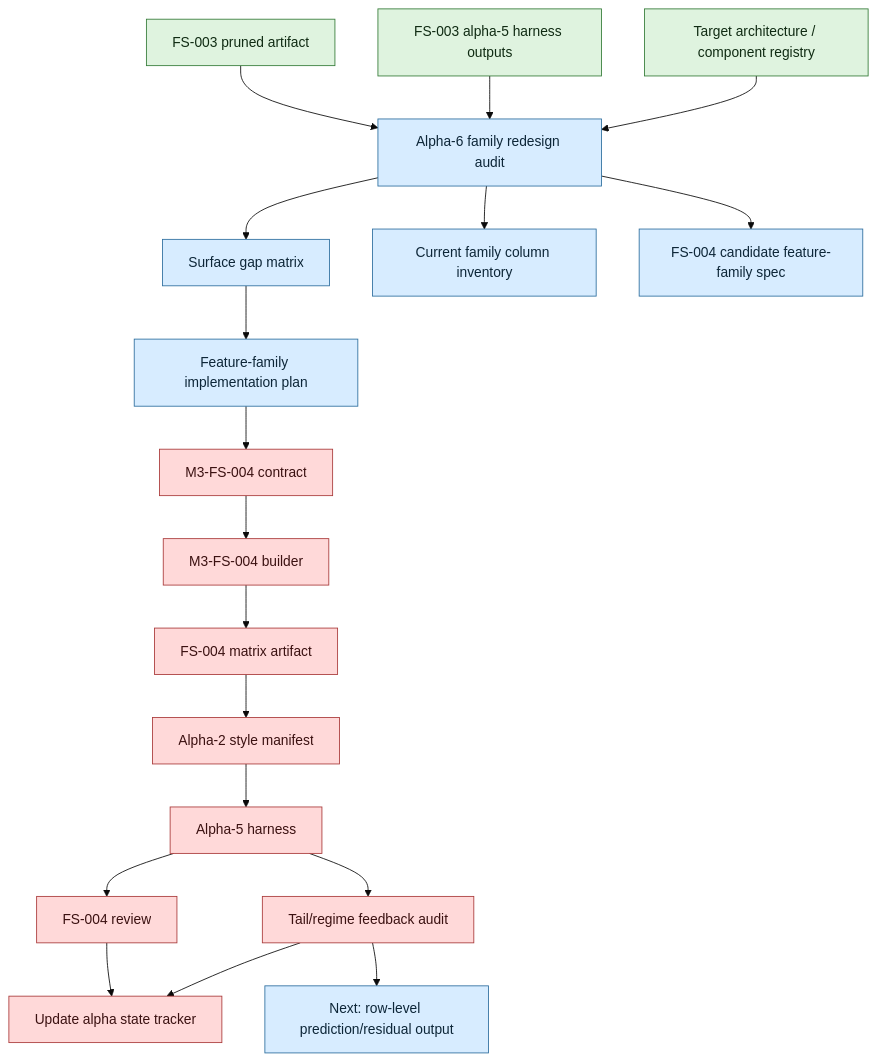
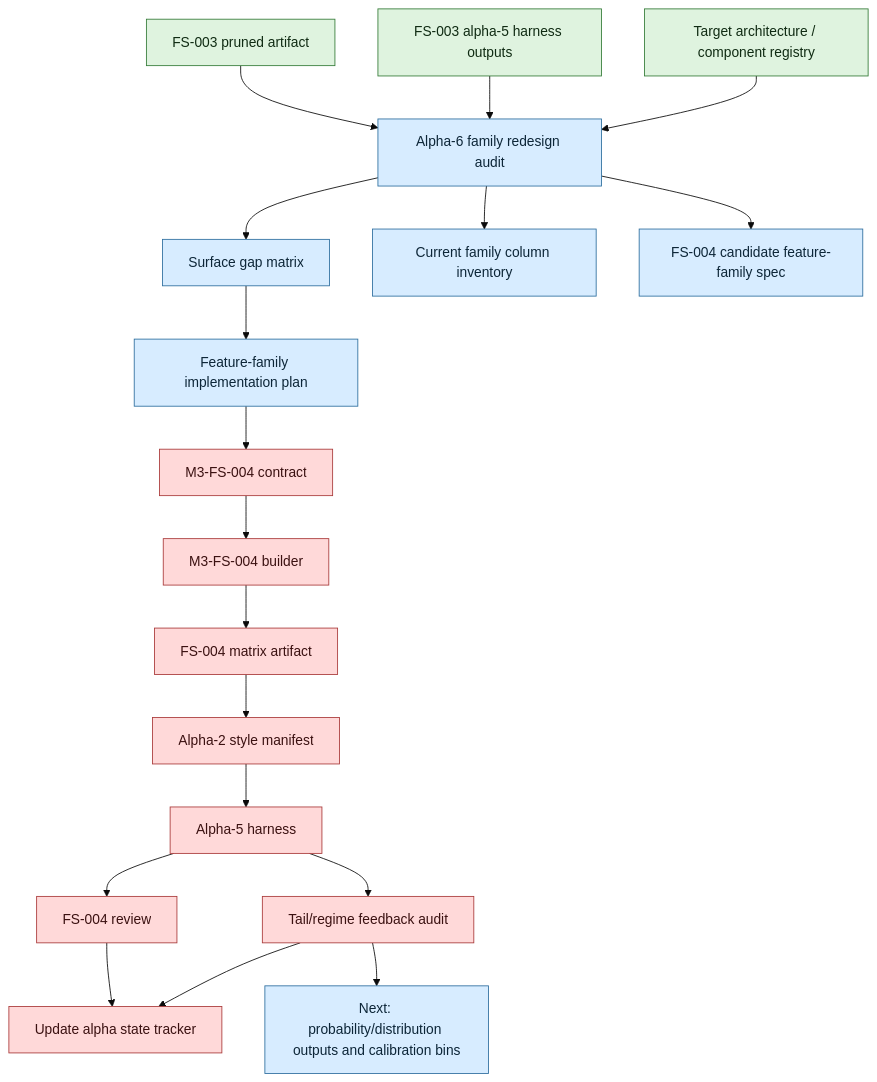
One commit to jiancchen/SlateAi changed the diagram in run-plans/mlb/2026-06-03-mlb-m3-alpha-6-feature-family-redesign-run-plan.md. Above: the diagram before and after it, drawn with Mermaid (base theme). The commit also changed 35 other files, not shown here.

First line of the commit message:
Add FS-004 row prediction diagnostics

````diff
--- a/run-plans/mlb/2026-06-03-mlb-m3-alpha-6-feature-family-redesign-run-plan.md
+++ b/run-plans/mlb/2026-06-03-mlb-m3-alpha-6-feature-family-redesign-run-plan.md
@@ -115,31 +115,31 @@
 ```mermaid
 flowchart TD
   FS003["FS-003 pruned artifact"] --> AUDIT["Alpha-6 family redesign audit"]
   HARN["FS-003 alpha-5 harness outputs"] --> AUDIT
   ARCH["Target architecture / component registry"] --> AUDIT
 
   AUDIT --> GAP["Surface gap matrix"]
   AUDIT --> INV["Current family column inventory"]
   AUDIT --> SPEC["FS-004 candidate feature-family spec"]
   GAP --> PLAN["Feature-family implementation plan"]
 
   PLAN --> CONTRACT["M3-FS-004 contract"]
   CONTRACT --> BUILDER["M3-FS-004 builder"]
   BUILDER --> MATRIX["FS-004 matrix artifact"]
   MATRIX --> MANIFEST["Alpha-2 style manifest"]
   MANIFEST --> HARNESS["Alpha-5 harness"]
   HARNESS --> REVIEW["FS-004 review"]
   HARNESS --> TAIL["Tail/regime feedback audit"]
-  TAIL --> ROWS["Next: row-level prediction/residual output"]
+  TAIL --> ROWS["Next: probability/distribution outputs and calibration bins"]
   REVIEW --> STATE["Update alpha state tracker"]
   TAIL --> STATE
 
   classDef live fill:#dff3df,stroke:#367c39,color:#102b13;
   classDef next fill:#d7ecff,stroke:#2f6f9f,color:#0d2638;
   classDef missing fill:#ffd9d9,stroke:#aa3b3b,color:#3b1111;
 
   class FS003,HARN,ARCH live;
   class AUDIT,GAP,INV,SPEC,PLAN next;
   class CONTRACT,BUILDER,MATRIX,MANIFEST,HARNESS,REVIEW,TAIL,STATE missing;
   class ROWS next;
 ```
````
